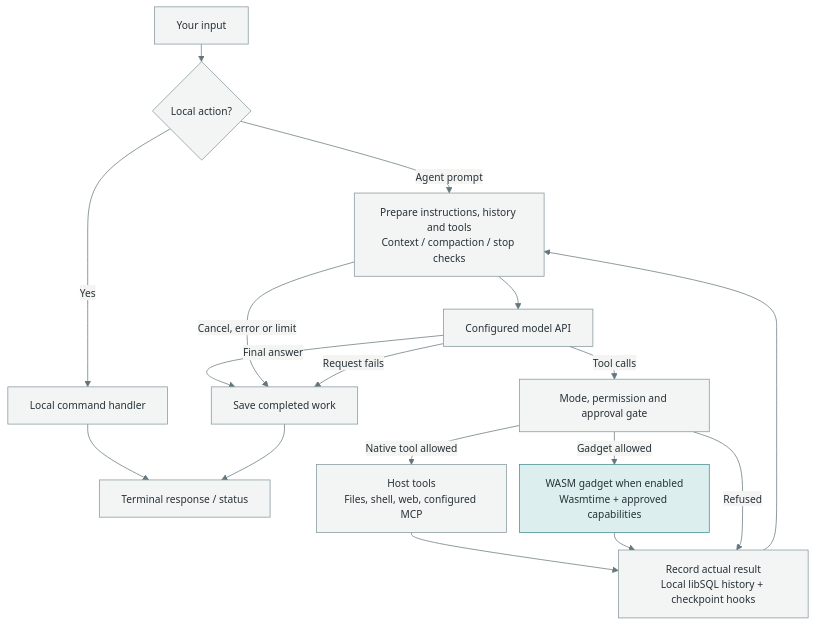
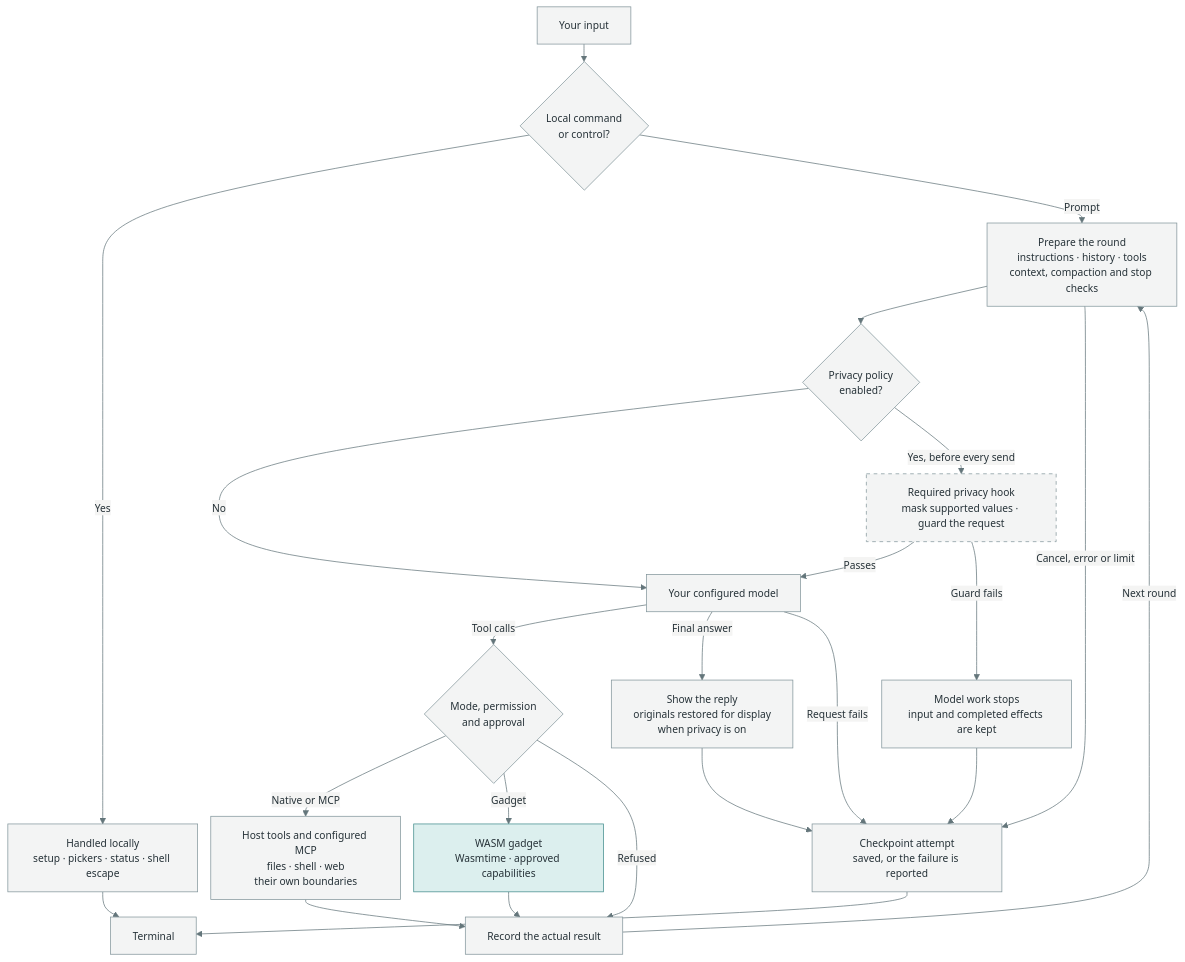
Before and after one commit to kaobei-alabo/craftsman-harness: the first of 2 diagrams in README.md, drawn with Mermaid. The commit also changed other lines of this file, not shown here.

First line of the commit message:
docs: a shorter README with the product first and the two diagrams folded

````diff
--- a/README.md
+++ b/README.md
@@ -24,22 +72,30 @@
 ```mermaid
 %%{init: {"theme":"base","themeVariables":{"primaryColor":"#f3f4f4","primaryTextColor":"#263238","primaryBorderColor":"#82959b","lineColor":"#64767b","fontFamily":"sans-serif","fontSize":"14px"},"flowchart":{"nodeSpacing":18,"rankSpacing":24}}}%%
 flowchart TD
-    Q["Your input"] --> R{"Local action?"}
-    R -->|Yes| C["Local command handler"]
-    C --> O["Terminal response / status"]
-    R -->|Agent prompt| P["Prepare instructions, history and tools<br/>Context / compaction / stop checks"]
-    P --> M["Configured model API"]
-    M -->|Final answer| S["Save completed work"]
+    Q["Your input"] --> R{"Local command<br/>or control?"}
+    R -->|Yes| C["Handled locally<br/>setup · pickers · status · shell escape"]
+    C --> O["Terminal"]
+    R -->|Prompt| P["Prepare the round<br/>instructions · history · tools<br/>context, compaction and stop checks"]
+    P --> H{"Privacy policy<br/>enabled?"}
+    H -->|No| M["Your configured model"]
+    H -->|"Yes, before every send"| K["Required privacy hook<br/>mask supported values · guard the request"]
+    K -->|Passes| M
+    K -->|Guard fails| X["Model work stops<br/>input and completed effects are kept"]
+    M -->|Tool calls| G{"Mode, permission<br/>and approval"}
+    G -->|"Native or MCP"| N["Host tools and configured MCP<br/>files · shell · web<br/>their own boundaries"]
+    G -->|Gadget| W["WASM gadget<br/>Wasmtime · approved capabilities"]
+    G -->|Refused| T["Record the actual result"]
+    N --> T
+    W --> T
+    T -->|Next round| P
+    M -->|Final answer| D["Show the reply<br/>originals restored for display<br/>when privacy is on"]
+    D --> S["Checkpoint attempt<br/>saved, or the failure is reported"]
+    X --> S
+    P -->|"Cancel, error or limit"| S
+    M -->|Request fails| S
     S --> O
-    M -->|Tool calls| G["Mode, permission and approval gate"]
-    G -->|Native tool allowed| N["Host tools<br/>Files, shell, web, configured MCP"]
-    G -->|Gadget allowed| W["WASM gadget when enabled<br/>Wasmtime + approved capabilities"]
-    N --> H["Record actual result<br/>Local libSQL history + checkpoint hooks"]
-    W --> H
-    G -->|Refused| H
-    H --> P
-    P -->|Cancel, error or limit| S
-    M -->|Request fails| S
     classDef wasm fill:#dcefee,stroke:#408b8b,color:#263238;
+    classDef optional stroke-dasharray: 5 5;
     class W wasm;
+    class K optional;
 ```
````
